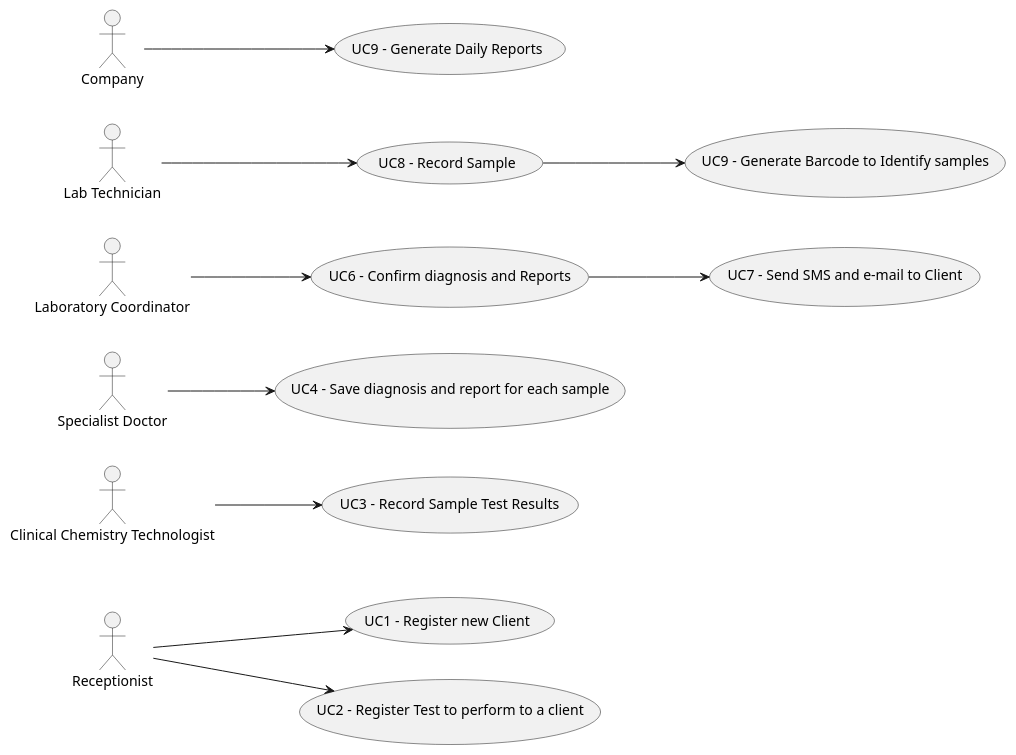
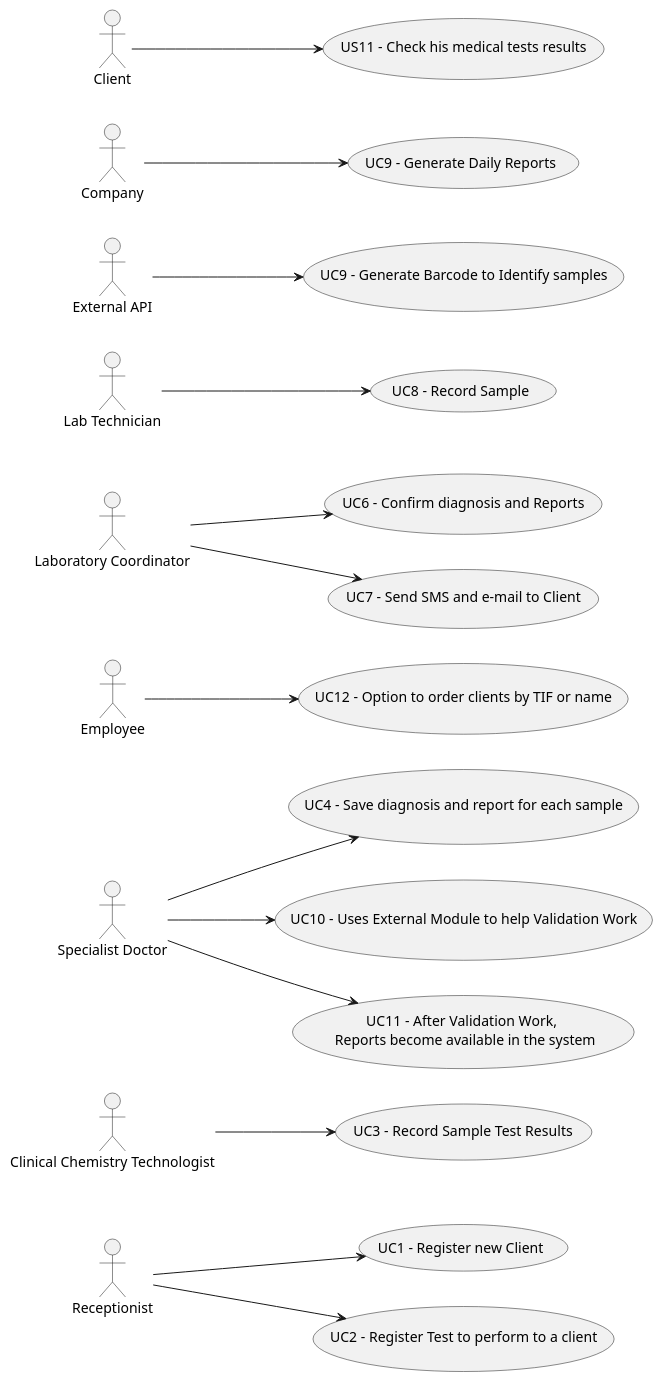
Before and after one commit to GuilhermeCunha79/lapr2: the diagram in docs/SprintA/UC Diagram.puml, drawn with PlantUML.

Commit message:
Added UC Diagram V0.1

```diff
--- a/docs/SprintA/UC Diagram.puml
+++ b/docs/SprintA/UC Diagram.puml
@@ -1,23 +1,30 @@
 @startuml
 'https://plantuml.com/use-case-diagram
 
 left to right direction
 :Receptionist: as Recep
 Recep --> (UC1 - Register new Client)
 Recep --> (UC2 - Register Test to perform to a client)
 :Clinical Chemistry Technologist: -down-> (UC3 - Record Sample Test Results)
-:Specialist Doctor: -down-> (UC4 - Save diagnosis and report for each sample)
+:Specialist Doctor: --> (UC4 - Save diagnosis and report for each sample)
+:Specialist Doctor: --> (UC10 - Uses External Module to help Validation Work)
+:Specialist Doctor: --> (UC11 - After Validation Work, \n Reports become available in the system)
+
+:Employee: --> (UC12 - Option to order clients by TIF or name)
+
 :Laboratory Coordinator: as lc
 (UC6 - Confirm diagnosis and Reports) as UC6
 (UC7 - Send SMS and e-mail to Client) as UC7
 :Lab Technician: as lt
 (UC8 - Record Sample) as UC8
-(UC9 - Generate Barcode to Identify samples) as UC9
+:External API: --> (UC9 - Generate Barcode to Identify samples)
 
 :Company: --> (UC9 - Generate Daily Reports)
 lc --> UC6
-UC6 --> UC7
+lc --> UC7
 
 lt --> UC8
-UC8 --> UC9
+
+
+:Client: --> (US11 - Check his medical tests results)
 @enduml
```
